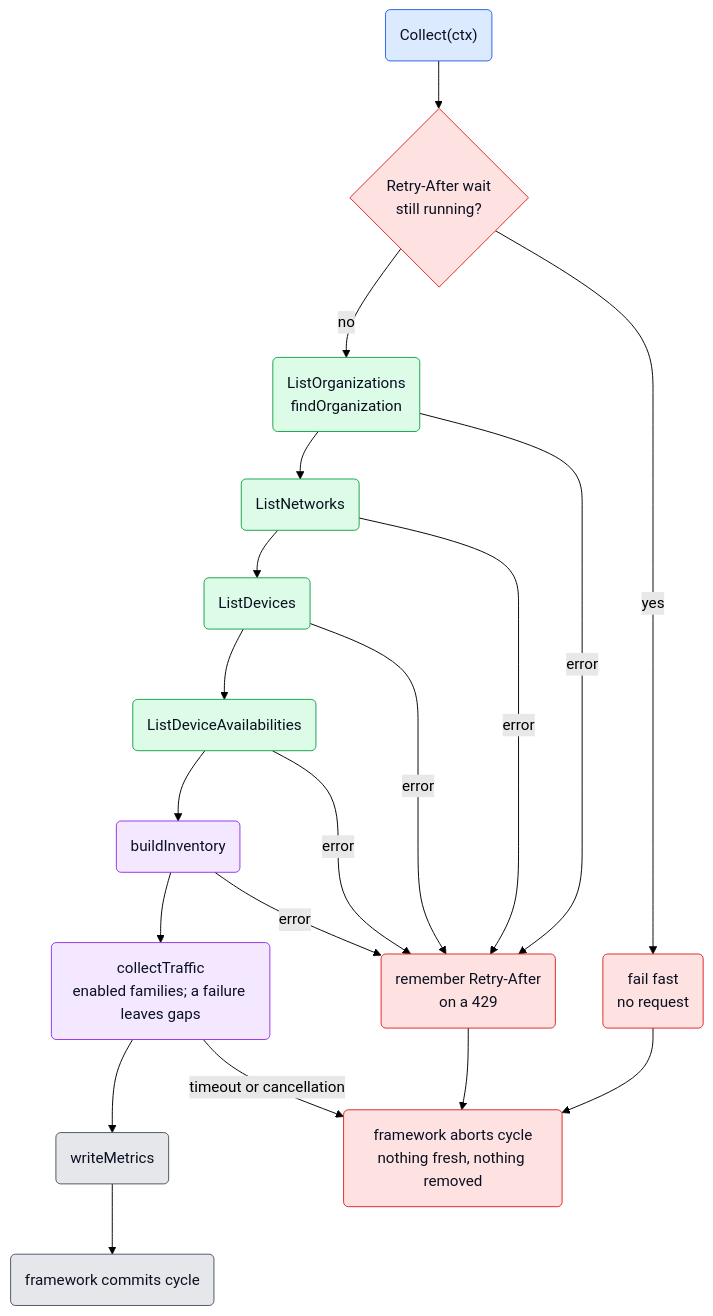
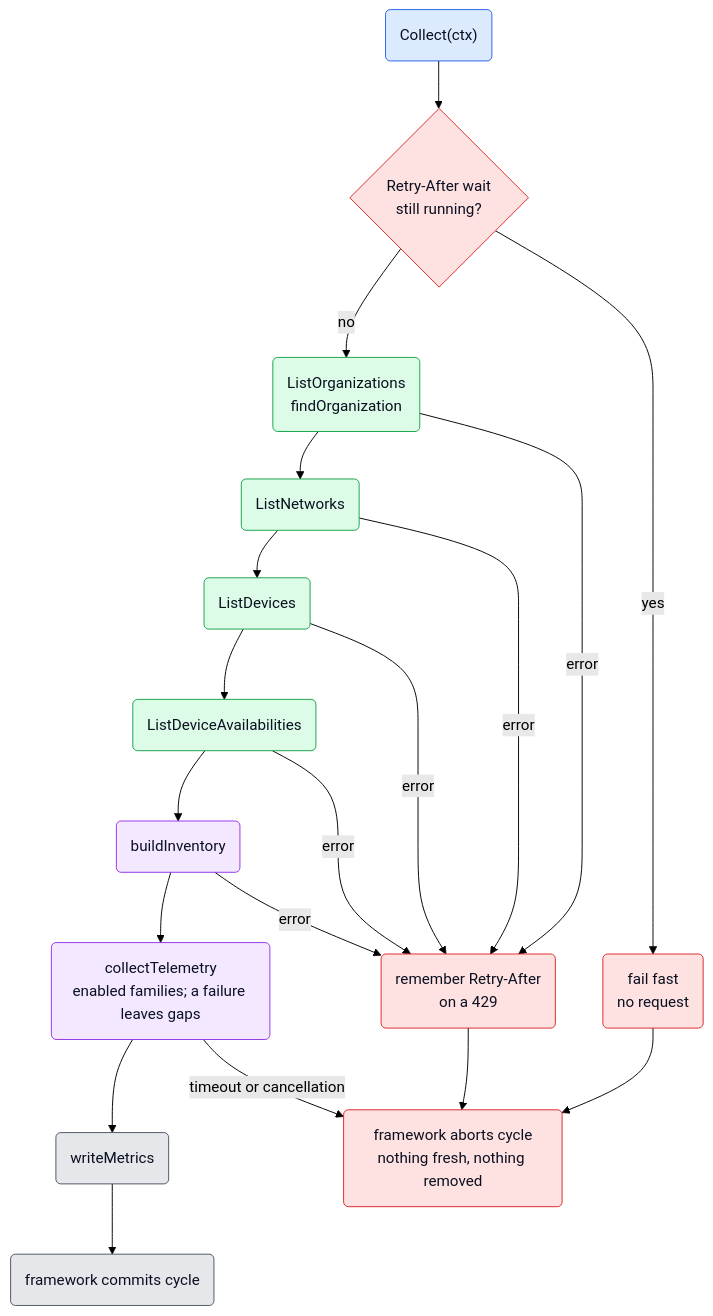
Before and after one commit to netdata/netdata: the third of 4 diagrams in src/go/plugin/go.d/collector/meraki/ARCHITECTURE.md, drawn with Mermaid (forest theme). The commit also changed other lines of this file and 20 other files, not shown here.

````diff
--- a/src/go/plugin/go.d/collector/meraki/ARCHITECTURE.md
+++ b/src/go/plugin/go.d/collector/meraki/ARCHITECTURE.md
@@ -162,33 +165,33 @@
 ```mermaid
 flowchart TD
     Start("Collect(ctx)")
     Pending{"Retry-After wait<br/>still running?"}
     FailFast("fail fast<br/>no request")
     Orgs("ListOrganizations<br/>findOrganization")
     Nets("ListNetworks")
     Devs("ListDevices")
     Avail("ListDeviceAvailabilities")
     Join("buildInventory")
-    Traffic("collectTraffic<br/>enabled families; a failure leaves gaps")
+    Traffic("collectTelemetry<br/>enabled families; a failure leaves gaps")
     Write("writeMetrics")
     Commit("framework commits cycle")
     Abort("framework aborts cycle<br/>nothing fresh, nothing removed")
     Remember("remember Retry-After<br/>on a 429")
 
     Start --> Pending
     Pending -->|"yes"| FailFast --> Abort
     Pending -->|"no"| Orgs --> Nets --> Devs --> Avail --> Join --> Traffic --> Write --> Commit
     Orgs & Nets & Devs & Avail & Join -->|"error"| Remember --> Abort
     Traffic -->|"timeout or cancellation"| Abort
 
     classDef ext fill:#dbeafe,stroke:#2563eb,color:#0b1021;
     classDef recv fill:#dcfce7,stroke:#16a34a,color:#0b1021;
     classDef mean fill:#f3e8ff,stroke:#9333ea,color:#0b1021;
     classDef out fill:#e5e7eb,stroke:#4b5563,color:#0b1021;
     classDef err fill:#fee2e2,stroke:#dc2626,color:#0b1021;
     class Start ext;
     class Orgs,Nets,Devs,Avail recv;
     class Join,Traffic mean;
     class Write,Commit out;
     class Pending,FailFast,Abort,Remember err;
 ```
````
